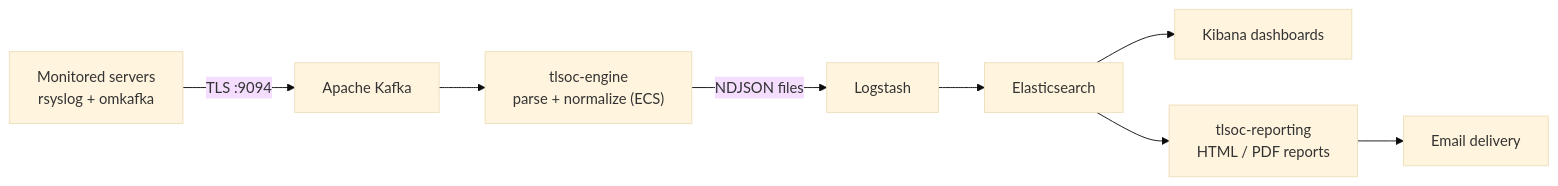
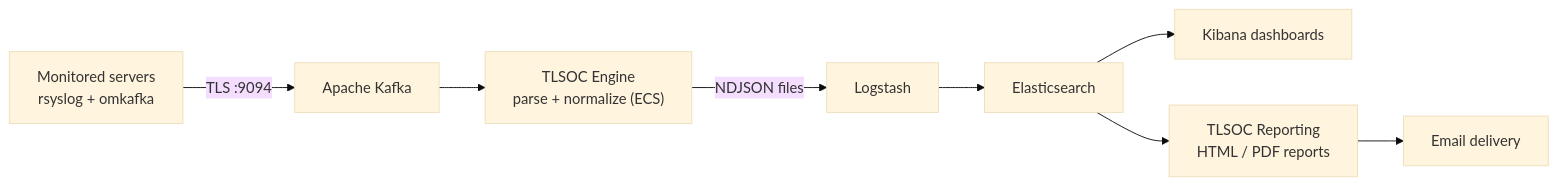
Before and after one commit to HelixY2J/Drishti: the first of 7 diagrams in docs/architecture.md, drawn with Mermaid (base theme). The commit also changed other lines of this file and 10 other files, not shown here.

````diff
--- a/docs/architecture.md
+++ b/docs/architecture.md
@@ -23,10 +23,10 @@
 ```mermaid
 flowchart LR
     SRC["Monitored servers<br/>rsyslog + omkafka"] -- "TLS :9094" --> K["Apache Kafka"]
-    K --> ENG["tlsoc-engine<br/>parse + normalize (ECS)"]
+    K --> ENG["TLSOC Engine<br/>parse + normalize (ECS)"]
     ENG -- "NDJSON files" --> LS["Logstash"]
     LS --> ES["Elasticsearch"]
     ES --> KB["Kibana dashboards"]
-    ES --> REP["tlsoc-reporting<br/>HTML / PDF reports"]
+    ES --> REP["TLSOC Reporting<br/>HTML / PDF reports"]
     REP --> MAIL["Email delivery"]
 ```
````
